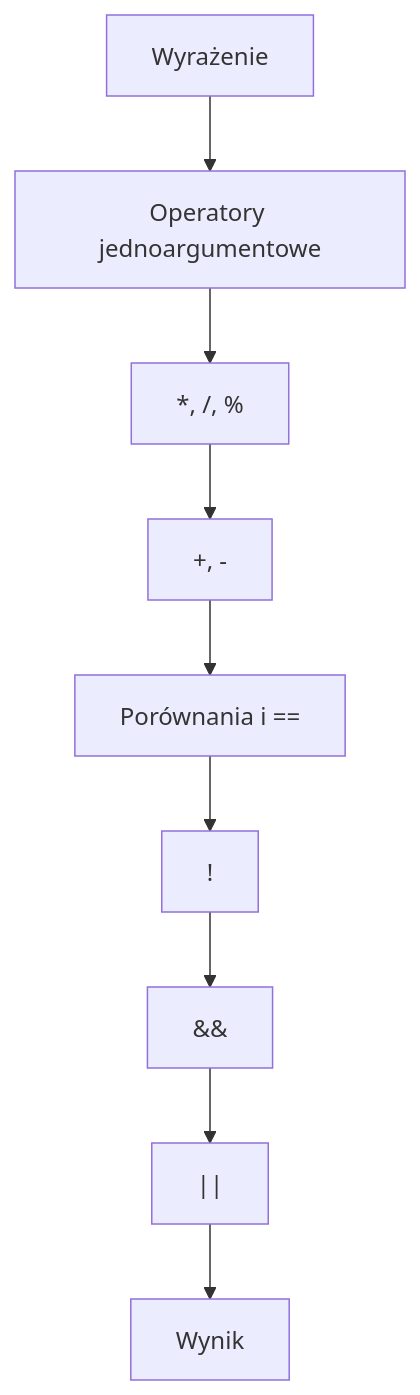
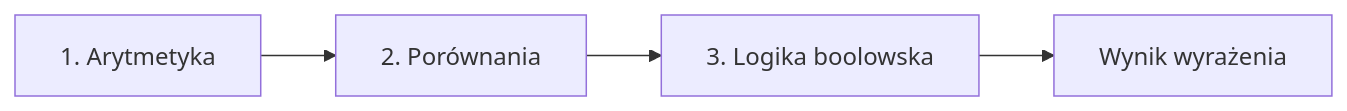
Before and after one commit to tborzyszkowski/podstawy-programowania-pjatk-csharp: the diagram in src/04-typy_operatory/06-priorytety-operatorow/diagram-priorytety.mmd, drawn with Mermaid. The commit also changed 4 other files, not shown here.

Commit message:
Update README and diagrams to clarify operator precedence and grouping in C#

```diff
--- a/src/04-typy_operatory/06-priorytety-operatorow/diagram-priorytety.mmd
+++ b/src/04-typy_operatory/06-priorytety-operatorow/diagram-priorytety.mmd
@@ -1,9 +1,4 @@
-flowchart TD
-    A[Wyrażenie] --> B[Operatory jednoargumentowe]
-    B --> C[*, /, %]
-    C --> D[+, -]
-    D --> E[Porównania i ==]
-    E --> F["!"]
-    F --> G["&&"]
-    G --> H["||"]
-    H --> I[Wynik]
+flowchart LR
+    A["1. Arytmetyka"] --> B["2. Porównania"]
+    B --> C["3. Logika boolowska"]
+    C --> D["Wynik wyrażenia"]
```
